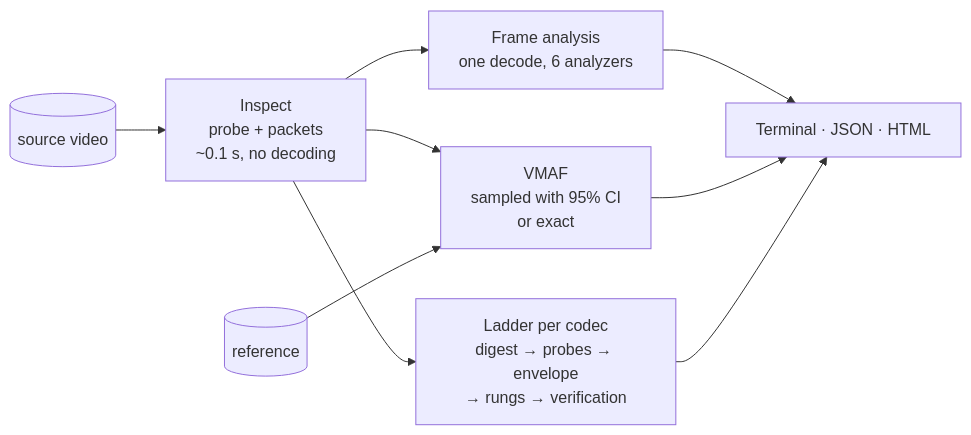
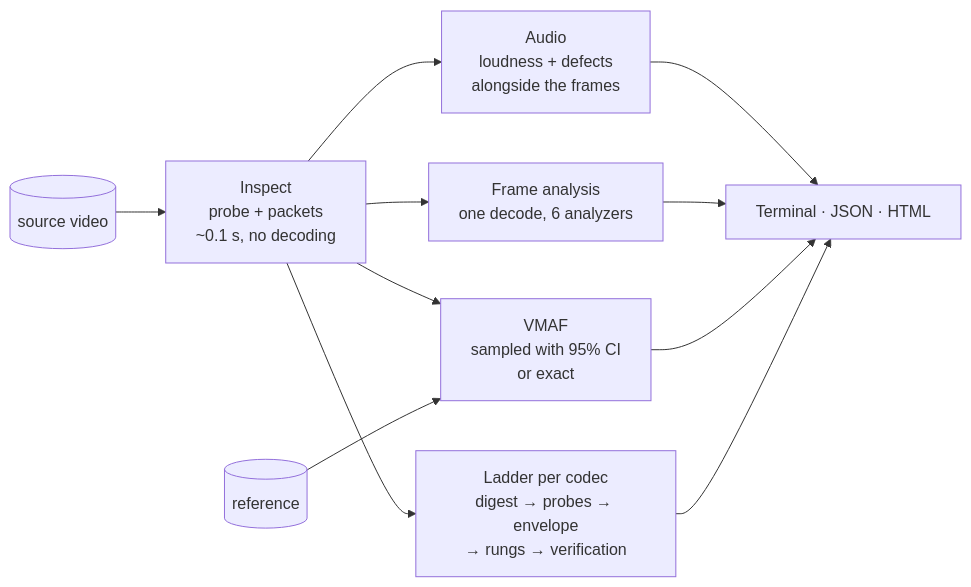
Before and after one commit to eko/qc: the diagram in docs/README.md, drawn with Mermaid. The commit also changed other lines of this file and 109 other files, not shown here.

````diff
--- a/docs/README.md
+++ b/docs/README.md
@@ -26,11 +27,13 @@
 ```mermaid
 flowchart LR
     src[(source video)] --> inspect["Inspect<br/>probe + packets<br/>~0.1 s, no decoding"]
     inspect --> analysis["Frame analysis<br/>one decode, 6 analyzers"]
     inspect --> vmaf["VMAF<br/>sampled with 95% CI<br/>or exact"]
     ref[(reference)] --> vmaf
     inspect --> ladder["Ladder per codec<br/>digest → probes → envelope<br/>→ rungs → verification"]
+    inspect --> audio["Audio<br/>loudness + defects<br/>alongside the frames"]
+    audio --> report
     analysis --> report["Terminal · JSON · HTML"]
     vmaf --> report
     ladder --> report
 ```
````
